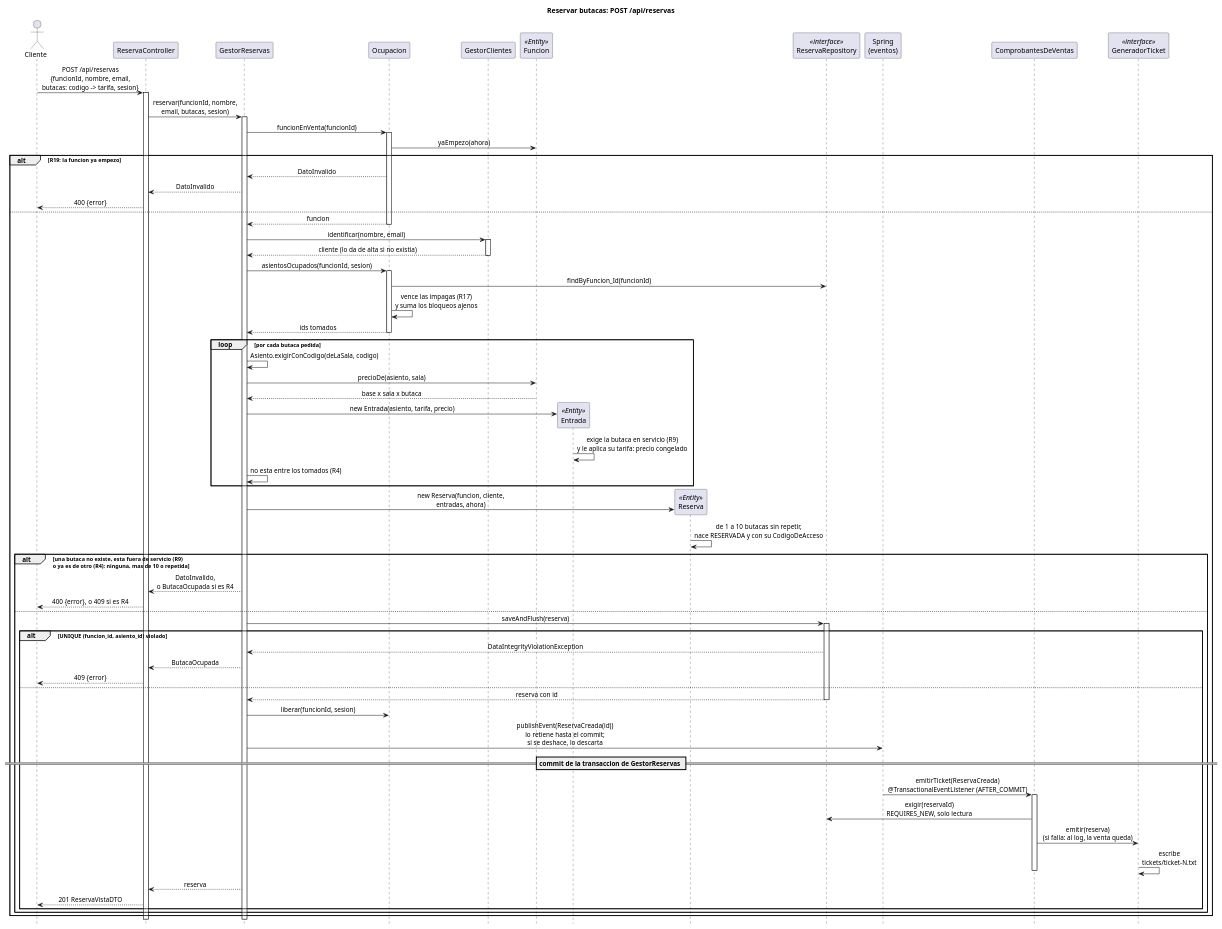
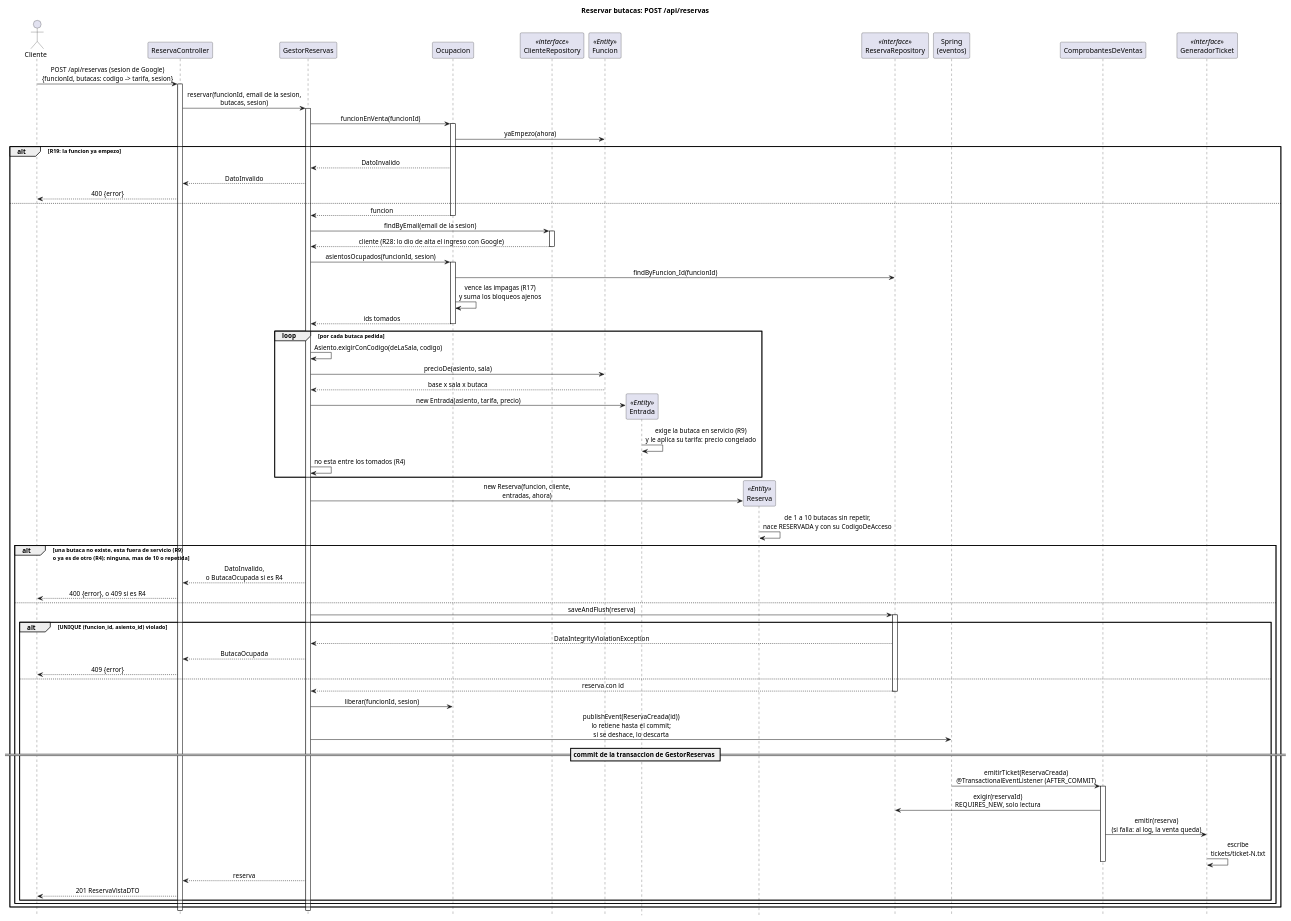
The diagram in _other/docs/diagramas/secuencia-reserva.puml (andreiveisuade/cine-uade), drawn with PlantUML before and after one commit. The commit also changed 54 other files, not shown here.

First line of the commit message:
feat(compra): para reservar en la web hace falta la sesion de google y la reserva es del cliente de la sesion

```diff
--- a/_other/docs/diagramas/secuencia-reserva.puml
+++ b/_other/docs/diagramas/secuencia-reserva.puml
@@ -1,97 +1,96 @@
 @startuml secuencia-reserva
 title Reservar butacas: POST /api/reservas
 
 skinparam sequenceMessageAlign center
 hide footbox
 
 actor Cliente
 participant "ReservaController" as Ctrl
 participant "GestorReservas" as Gestor
 participant "Ocupacion" as Ocupacion
-participant "GestorClientes" as Clientes
+participant "ClienteRepository" as Clientes <<interface>>
 participant "Funcion" as Funcion <<Entity>>
 participant "Entrada" as Entrada <<Entity>>
 participant "Reserva" as Reserva <<Entity>>
 participant "ReservaRepository" as Repo <<interface>>
 participant "Spring\n(eventos)" as Eventos
 participant "ComprobantesDeVentas" as Comprobantes
 participant "GeneradorTicket" as Ticket <<interface>>
 
-Cliente -> Ctrl : POST /api/reservas\n{funcionId, nombre, email,\nbutacas: codigo -> tarifa, sesion}
+Cliente -> Ctrl : POST /api/reservas (sesion de Google)\n{funcionId, butacas: codigo -> tarifa, sesion}
 activate Ctrl
-Ctrl -> Gestor : reservar(funcionId, nombre,\nemail, butacas, sesion)
+Ctrl -> Gestor : reservar(funcionId, email de la sesion,\nbutacas, sesion)
 activate Gestor
 
-' La funcion va antes que el cliente: si no existe o ya empezo, eso anula lo
-' demas, y un email de empleado no puede taparlo.
+' La funcion va antes que el cliente: si no existe o ya empezo, eso anula lo demas.
 Gestor -> Ocupacion : funcionEnVenta(funcionId)
 activate Ocupacion
 Ocupacion -> Funcion : yaEmpezo(ahora)
 alt R19: la funcion ya empezo
   Ocupacion --> Gestor : DatoInvalido
   Gestor --> Ctrl : DatoInvalido
   Ctrl --> Cliente : 400 {error}
 else
   Ocupacion --> Gestor : funcion
   deactivate Ocupacion
 
-  Gestor -> Clientes : identificar(nombre, email)
+  Gestor -> Clientes : findByEmail(email de la sesion)
   activate Clientes
-  Clientes --> Gestor : cliente (lo da de alta si no existia)
+  Clientes --> Gestor : cliente (R28: lo dio de alta el ingreso con Google)
   deactivate Clientes
 
   Gestor -> Ocupacion : asientosOcupados(funcionId, sesion)
   activate Ocupacion
   Ocupacion -> Repo : findByFuncion_Id(funcionId)
   Ocupacion -> Ocupacion : vence las impagas (R17)\ny suma los bloqueos ajenos
   Ocupacion --> Gestor : ids tomados
   deactivate Ocupacion
 
   loop por cada butaca pedida
     Gestor -> Gestor : Asiento.exigirConCodigo(deLaSala, codigo)
     Gestor -> Funcion : precioDe(asiento, sala)
     Funcion --> Gestor : base x sala x butaca
     create Entrada
     Gestor -> Entrada : new Entrada(asiento, tarifa, precio)
     Entrada -> Entrada : exige la butaca en servicio (R9)\ny le aplica su tarifa: precio congelado
     Gestor -> Gestor : no esta entre los tomados (R4)
   end
 
   create Reserva
   Gestor -> Reserva : new Reserva(funcion, cliente,\nentradas, ahora)
   Reserva -> Reserva : de 1 a 10 butacas sin repetir,\nnace RESERVADA y con su CodigoDeAcceso
 
   alt una butaca no existe, esta fuera de servicio (R9)\no ya es de otro (R4); ninguna, mas de 10 o repetida
     Gestor --> Ctrl : DatoInvalido,\no ButacaOcupada si es R4
     Ctrl --> Cliente : 400 {error}, o 409 si es R4
   else
     Gestor -> Repo : saveAndFlush(reserva)
     activate Repo
     alt UNIQUE (funcion_id, asiento_id) violado
       Repo --> Gestor : DataIntegrityViolationException
       Gestor --> Ctrl : ButacaOcupada
       Ctrl --> Cliente : 409 {error}
     else
       Repo --> Gestor : reserva con id
       deactivate Repo
       Gestor -> Ocupacion : liberar(funcionId, sesion)
       Gestor -> Eventos : publishEvent(ReservaCreada(id))\nlo retiene hasta el commit;\nsi se deshace, lo descarta
 
       == commit de la transaccion de GestorReservas ==
 
       Eventos -> Comprobantes : emitirTicket(ReservaCreada)\n@TransactionalEventListener (AFTER_COMMIT)
       activate Comprobantes
       Comprobantes -> Repo : exigir(reservaId)\nREQUIRES_NEW, solo lectura
       Comprobantes -> Ticket : emitir(reserva)\n(si falla: al log, la venta queda)
       Ticket -> Ticket : escribe\ntickets/ticket-N.txt
       deactivate Comprobantes
 
       Gestor --> Ctrl : reserva
       Ctrl --> Cliente : 201 ReservaVistaDTO
     end
   end
 end
 deactivate Gestor
 deactivate Ctrl
 
 @enduml
```
